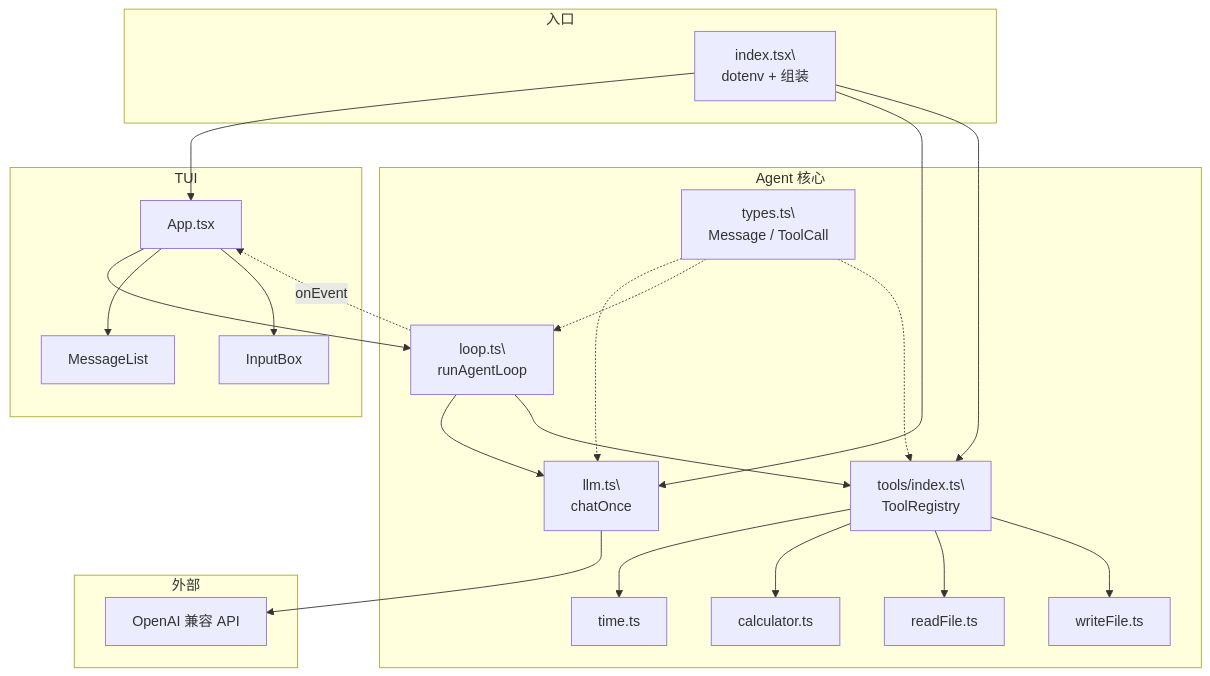
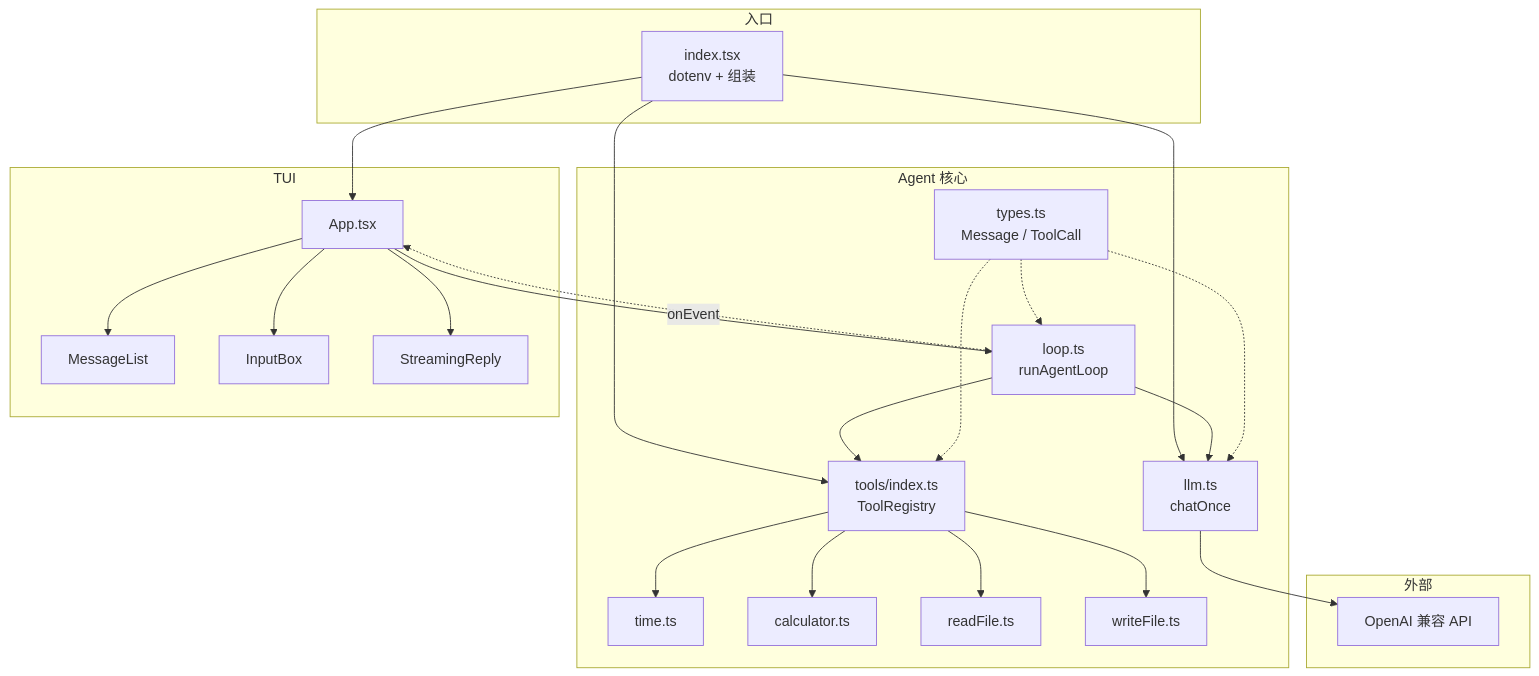
The first of 3 diagrams in ARCHITECTURE.md (wangji1042/miniAgent), drawn with Mermaid before and after one commit. The commit also changed other lines of this file and 7 other files, not shown here.

````diff
--- a/ARCHITECTURE.md
+++ b/ARCHITECTURE.md
@@ -72,45 +75,47 @@
 ```mermaid
 flowchart TB
   subgraph Entry["入口"]
-    Index["index.tsx\\n dotenv + 组装"]
+    Index["index.tsx<br/>dotenv + 组装"]
   end
 
   subgraph AgentCore["Agent 核心"]
-    Types["types.ts\\n Message / ToolCall"]
-    LLM["llm.ts\\n chatOnce"]
-    Loop["loop.ts\\n runAgentLoop"]
-    Registry["tools/index.ts\\n ToolRegistry"]
+    Types["types.ts<br/>Message / ToolCall"]
+    LLM["llm.ts<br/>chatOnce"]
+    Loop["loop.ts<br/>runAgentLoop"]
+    Registry["tools/index.ts<br/>ToolRegistry"]
     T1["time.ts"]
     T2["calculator.ts"]
     T3["readFile.ts"]
     T4["writeFile.ts"]
   end
 
   subgraph UI["TUI"]
     App["App.tsx"]
     ML["MessageList"]
     IB["InputBox"]
+    SR["StreamingReply"]
   end
 
   subgraph External["外部"]
     API["OpenAI 兼容 API"]
   end
 
   Index --> App
   Index --> LLM
   Index --> Registry
   App --> Loop
   App --> ML
   App --> IB
+  App --> SR
   Loop --> LLM
   Loop --> Registry
   Registry --> T1
   Registry --> T2
   Registry --> T3
   Registry --> T4
   LLM --> API
   Loop -. onEvent .-> App
   Types -.-> LLM
   Types -.-> Loop
   Types -.-> Registry
 ```
````
